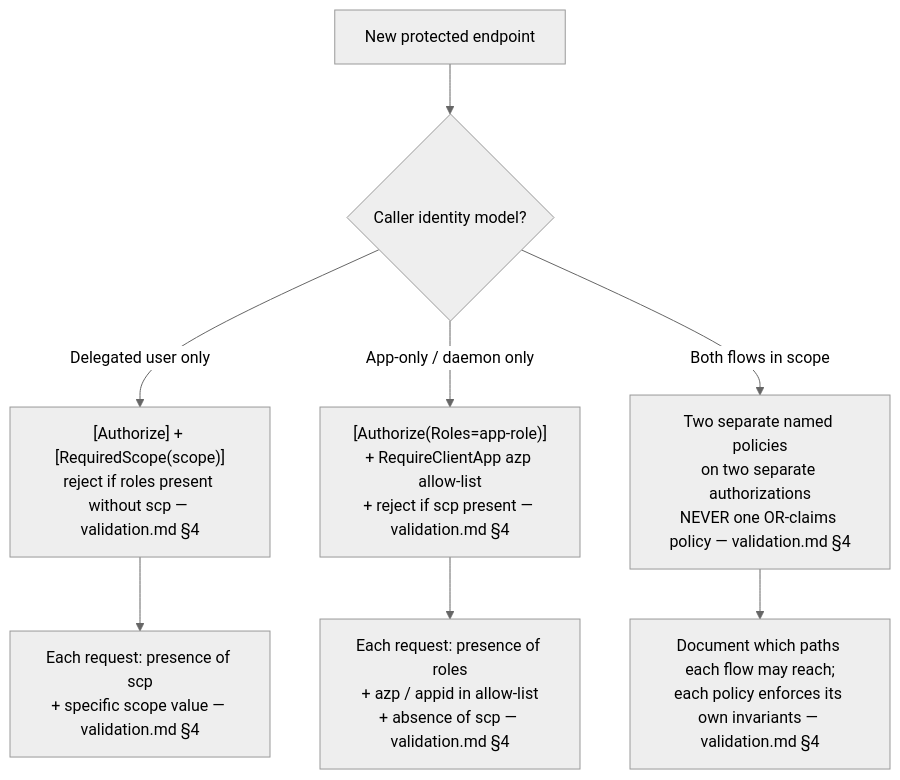
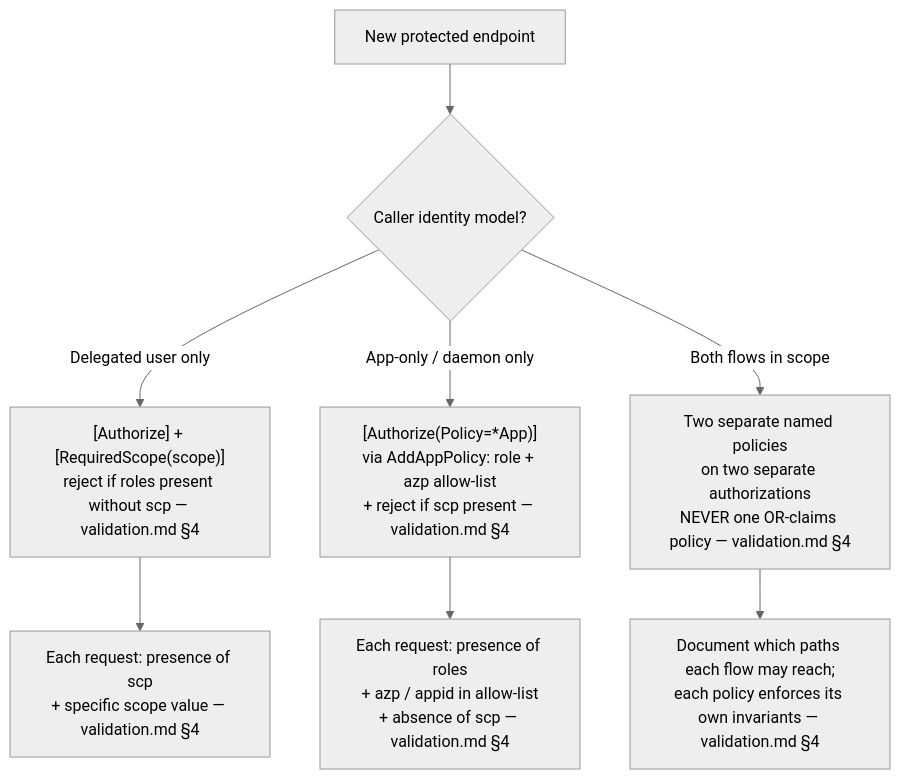
One commit to mghabin/entra-auth-patterns-dotnet changed the fourth of 5 diagrams in docs/decision-trees.md. Above: the diagram before and after it, drawn with Mermaid (neutral theme). The commit also changed other lines of this file and 30 other files, not shown here.

````diff
--- a/docs/decision-trees.md
+++ b/docs/decision-trees.md
@@ -78,10 +78,10 @@
 ```mermaid
 flowchart TD
     A[New protected endpoint] --> B{Caller identity model?}
     B -->|Delegated user only| C["[Authorize] + [RequiredScope(scope)]<br/>reject if roles present without scp — validation.md §4"]
-    B -->|App-only / daemon only| D["[Authorize(Roles=app-role)]<br/>+ RequireClientApp azp allow-list<br/>+ reject if scp present — validation.md §4"]
+    B -->|App-only / daemon only| D["[Authorize(Policy=*App)]<br/>via AddAppPolicy: role + azp allow-list<br/>+ reject if scp present — validation.md §4"]
     B -->|Both flows in scope| E[Two separate named policies<br/>on two separate authorizations<br/>NEVER one OR-claims policy — validation.md §4]
     C --> F[Each request: presence of scp<br/>+ specific scope value — validation.md §4]
     D --> G[Each request: presence of roles<br/>+ azp / appid in allow-list<br/>+ absence of scp — validation.md §4]
     E --> H[Document which paths each flow may reach;<br/>each policy enforces its own invariants — validation.md §4]
 ```
````
